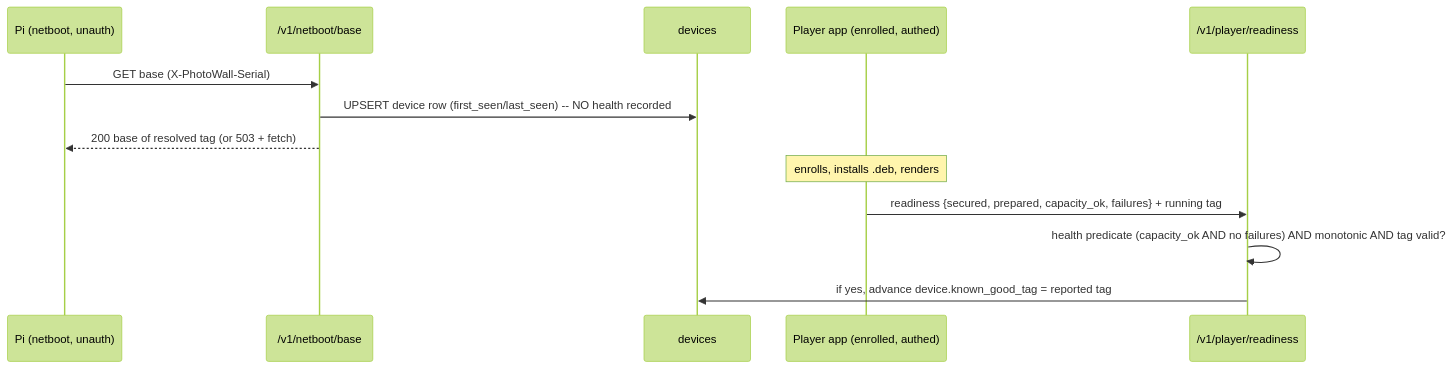
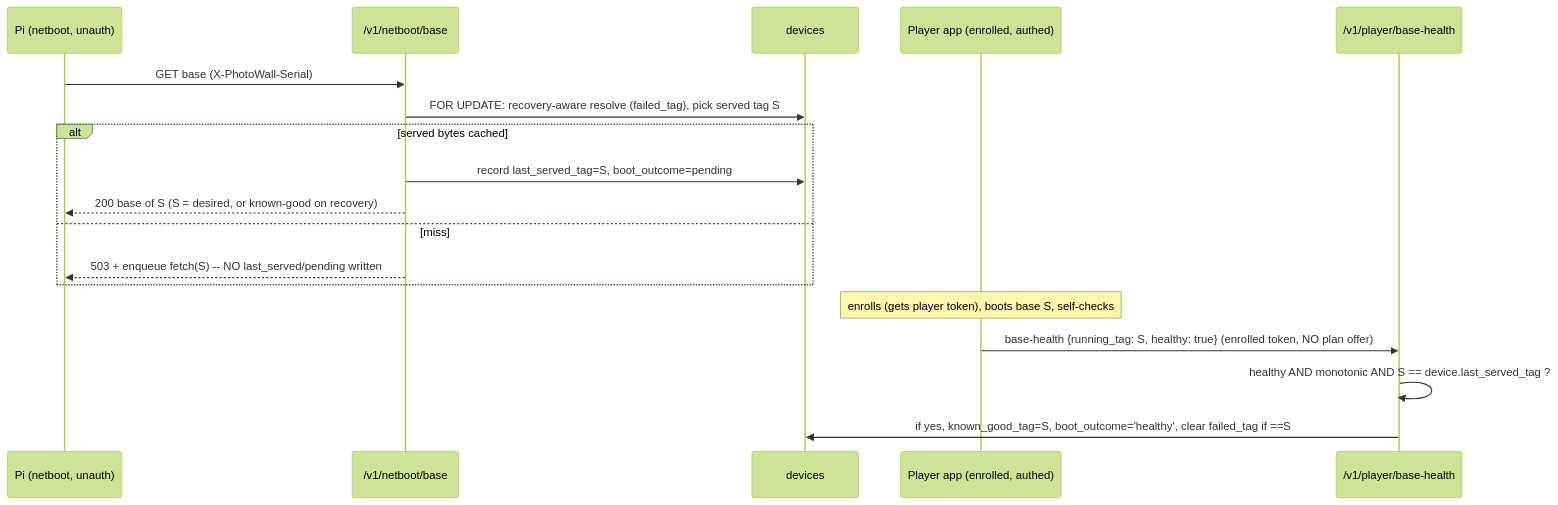
Before and after one commit to mcurcio/photo-wall: the second of 10 diagrams in docs/decisions/0012-netboot-base-auto-mirror.md, drawn with Mermaid (forest theme). The commit also changed other lines of this file, not shown here.

First line of the commit message:
docs(netboot): 0012 r7/r8 — reachable health signal + server-side rollback

````diff
--- a/docs/decisions/0012-netboot-base-auto-mirror.md
+++ b/docs/decisions/0012-netboot-base-auto-mirror.md
@@ -269,15 +346,20 @@
 ```mermaid
 sequenceDiagram
   participant Pi as Pi (netboot, unauth)
   participant N as /v1/netboot/base
   participant DB as devices
   participant App as Player app (enrolled, authed)
-  participant H as /v1/player/readiness
+  participant H as /v1/player/base-health
   Pi->>N: GET base (X-PhotoWall-Serial)
-  N->>DB: UPSERT device row (first_seen/last_seen) -- NO health recorded
-  N-->>Pi: 200 base of resolved tag (or 503 + fetch)
-  Note over App: enrolls, installs .deb, renders
-  App->>H: readiness {secured, prepared, capacity_ok, failures} + running tag
-  H->>H: health predicate (capacity_ok AND no failures) AND monotonic AND tag valid?
-  H->>DB: if yes, advance device.known_good_tag = reported tag
+  N->>DB: FOR UPDATE: recovery-aware resolve (failed_tag), pick served tag S
+  alt served bytes cached
+    N->>DB: record last_served_tag=S, boot_outcome=pending
+    N-->>Pi: 200 base of S (S = desired, or known-good on recovery)
+  else miss
+    N-->>Pi: 503 + enqueue fetch(S) -- NO last_served/pending written
+  end
+  Note over App: enrolls (gets player token), boots base S, self-checks
+  App->>H: base-health {running_tag: S, healthy: true} (enrolled token, NO plan offer)
+  H->>H: healthy AND monotonic AND S == device.last_served_tag ?
+  H->>DB: if yes, known_good_tag=S, boot_outcome='healthy', clear failed_tag if ==S
 ```
````
